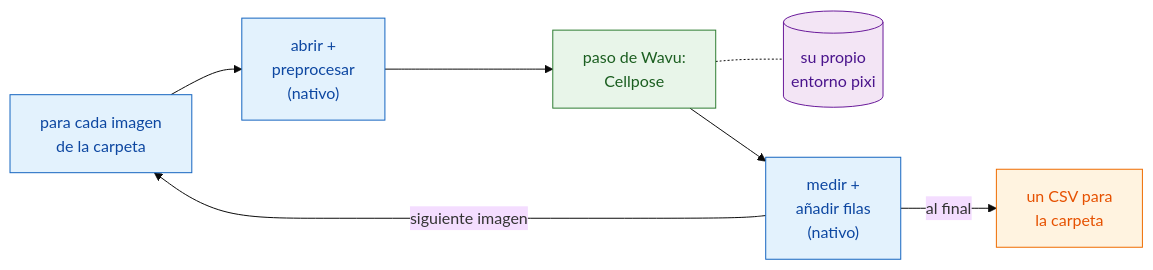
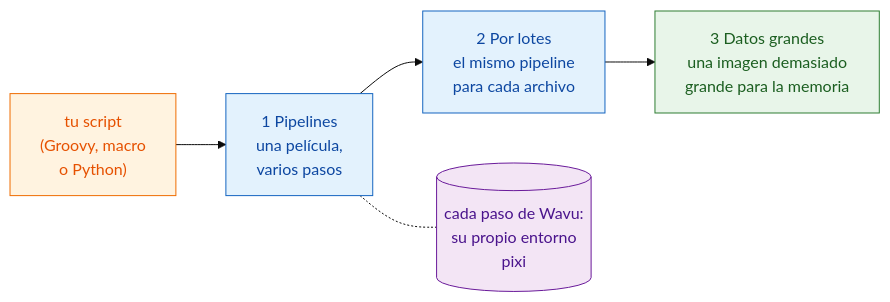
Before and after one commit to Oxford-Zeiss-Centre-of-Excellence/Wavu: the diagram in guide/workflows/index.es.md, drawn with Mermaid (base theme). The commit also changed other lines of this file and 104 other files, not shown here.

````diff
--- a/guide/workflows/index.es.md
+++ b/guide/workflows/index.es.md
@@ -30,18 +50,15 @@
 ```mermaid
 flowchart LR
-    L["para cada imagen<br/>de la carpeta"]:::fiji
-    O["abrir +<br/>preprocesar<br/>(nativo)"]:::fiji
-    W["paso de Wavu:<br/>Cellpose"]:::worker
-    E[("su propio<br/>entorno pixi")]:::env
-    M["medir +<br/>añadir filas<br/>(nativo)"]:::fiji
-    C["un CSV para<br/>la carpeta"]:::script
-    L --> O --> W --> M
-    M -- "siguiente imagen" --> L
-    W -.- E
-    M -- "al final" --> C
+    S["tu script<br/>(Groovy, macro<br/>o Python)"]:::script
+    P["1 Pipelines<br/>una película,<br/>varios pasos"]:::fiji
+    B["2 Por lotes<br/>el mismo pipeline<br/>para cada archivo"]:::fiji
+    L["3 Datos grandes<br/>una imagen demasiado<br/>grande para la memoria"]:::worker
+    E[("cada paso de Wavu:<br/>su propio entorno<br/>pixi")]:::env
+    S --> P --> B --> L
+    P -.- E
 
     classDef fiji   fill:#e3f2fd,stroke:#1565c0,color:#0d47a1
     classDef worker fill:#e8f5e9,stroke:#2e7d32,color:#1b5e20
     classDef script fill:#fff3e0,stroke:#ef6c00,color:#e65100
     classDef env    fill:#f3e5f5,stroke:#6a1b9a,color:#4a148c
 ```
````
